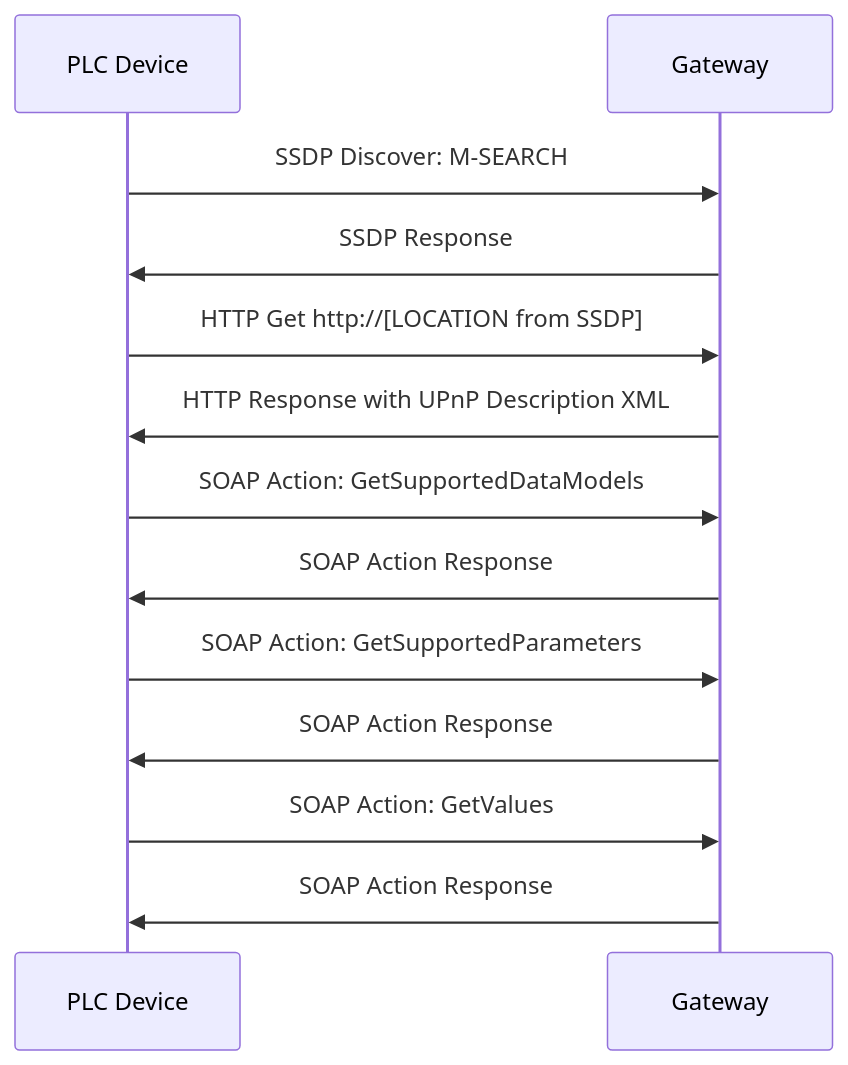
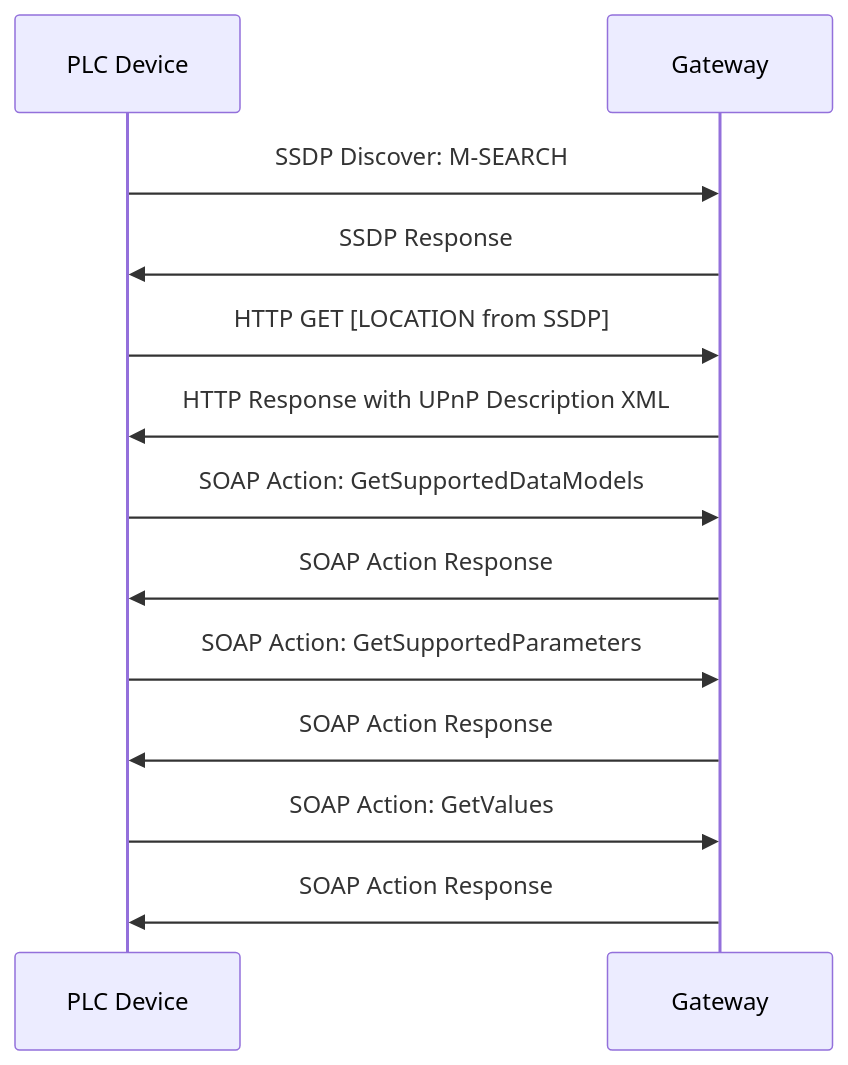
The diagram in README.md (devolo/vdsl-performer-documentation), drawn with Mermaid before and after one commit. The commit also changed other lines of this file, not shown here.

````diff
--- a/README.md
+++ b/README.md
@@ -56,15 +57,15 @@
 ```mermaid
 sequenceDiagram
     participant P as PLC Device
     participant G as Gateway
     P ->> G: SSDP Discover: M-SEARCH
     G ->> P: SSDP Response
-    P ->> G: HTTP Get http://[LOCATION from SSDP]
+    P ->> G: HTTP GET [LOCATION from SSDP]
     G ->> P: HTTP Response with UPnP Description XML
     P ->> G: SOAP Action: GetSupportedDataModels
     G ->> P: SOAP Action Response
     P ->> G: SOAP Action: GetSupportedParameters
     G ->> P: SOAP Action Response
     P ->> G: SOAP Action: GetValues
     G ->> P: SOAP Action Response
 ```
````
